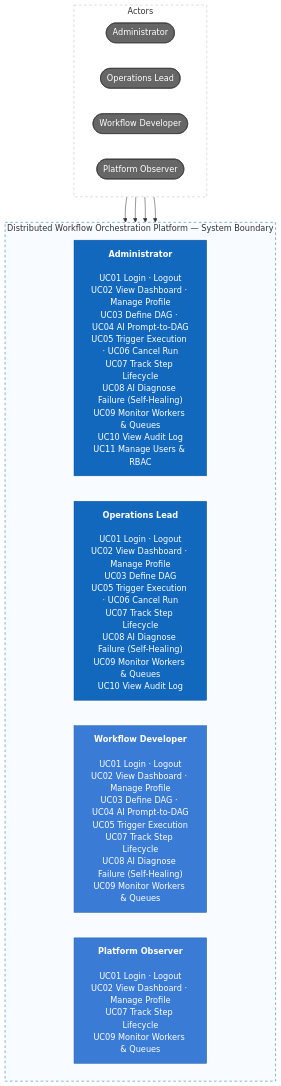
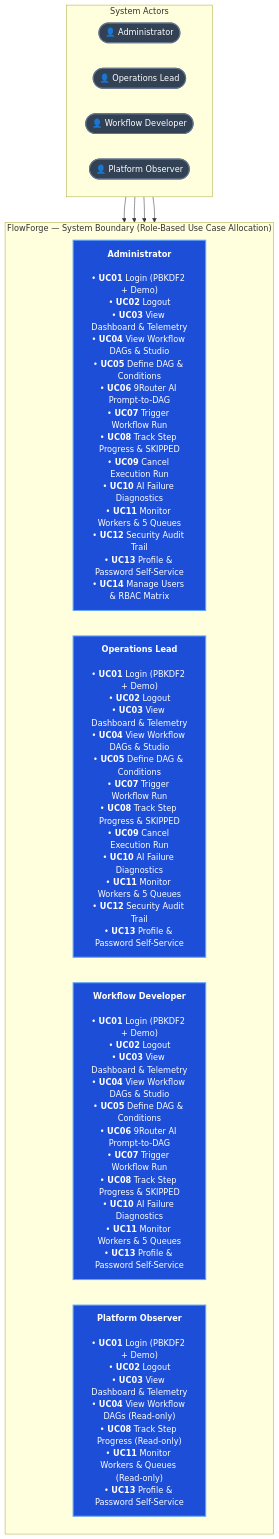
The first of 11 diagrams in README.md (AnCoder1310/FlowForge), drawn with Mermaid before and after one commit. The commit also changed other lines of this file and 88 other files, not shown here.

````diff
--- a/README.md
+++ b/README.md
@@ -43,32 +56,30 @@
 ```mermaid
 flowchart TB
-    subgraph roles["Actors"]
+    subgraph actors["System Actors"]
         direction LR
-        admin(["Administrator"])
-        operator(["Operations Lead"])
-        dev(["Workflow Developer"])
-        viewer(["Platform Observer"])
+        admin(["👤 Administrator"]):::actorPill
+        operator(["👤 Operations Lead"]):::actorPill
+        dev(["👤 Workflow Developer"]):::actorPill
+        viewer(["👤 Platform Observer"]):::actorPill
     end
 
-    subgraph system["Distributed Workflow Orchestration Platform — System Boundary"]
+    subgraph dwopBoundary["FlowForge — System Boundary (Role-Based Use Case Allocation)"]
         direction LR
-        adminCases["<b>Administrator</b><br/><br/>UC01 Login · Logout<br/>UC02 View Dashboard · Manage Profile<br/>UC03 Define DAG · UC04 AI Prompt-to-DAG<br/>UC05 Trigger Execution · UC06 Cancel Run<br/>UC07 Track Step Lifecycle<br/>UC08 AI Diagnose Failure (Self-Healing)<br/>UC09 Monitor Workers & Queues<br/>UC10 View Audit Log<br/>UC11 Manage Users & RBAC"]
-        operatorCases["<b>Operations Lead</b><br/><br/>UC01 Login · Logout<br/>UC02 View Dashboard · Manage Profile<br/>UC03 Define DAG<br/>UC05 Trigger Execution · UC06 Cancel Run<br/>UC07 Track Step Lifecycle<br/>UC08 AI Diagnose Failure (Self-Healing)<br/>UC09 Monitor Workers & Queues<br/>UC10 View Audit Log"]
-        devCases["<b>Workflow Developer</b><br/><br/>UC01 Login · Logout<br/>UC02 View Dashboard · Manage Profile<br/>UC03 Define DAG · UC04 AI Prompt-to-DAG<br/>UC05 Trigger Execution<br/>UC07 Track Step Lifecycle<br/>UC08 AI Diagnose Failure (Self-Healing)<br/>UC09 Monitor Workers & Queues"]
-        viewerCases["<b>Platform Observer</b><br/><br/>UC01 Login · Logout<br/>UC02 View Dashboard · Manage Profile<br/>UC07 Track Step Lifecycle<br/>UC09 Monitor Workers & Queues"]
+
+        cardAdmin["<b>Administrator</b><br/><br/>• <b>UC01</b> Login (PBKDF2 + Demo)<br/>• <b>UC02</b> Logout<br/>• <b>UC03</b> View Dashboard & Telemetry<br/>• <b>UC04</b> View Workflow DAGs & Studio<br/>• <b>UC05</b> Define DAG & Conditions<br/>• <b>UC06</b> 9Router AI Prompt-to-DAG<br/>• <b>UC07</b> Trigger Workflow Run<br/>• <b>UC08</b> Track Step Progress & SKIPPED<br/>• <b>UC09</b> Cancel Execution Run<br/>• <b>UC10</b> AI Failure Diagnostics<br/>• <b>UC11</b> Monitor Workers & 5 Queues<br/>• <b>UC12</b> Security Audit Trail<br/>• <b>UC13</b> Profile & Password Self-Service<br/>• <b>UC14</b> Manage Users & RBAC Matrix"]:::colCard
+
+        cardOp["<b>Operations Lead</b><br/><br/>• <b>UC01</b> Login (PBKDF2 + Demo)<br/>• <b>UC02</b> Logout<br/>• <b>UC03</b> View Dashboard & Telemetry<br/>• <b>UC04</b> View Workflow DAGs & Studio<br/>• <b>UC05</b> Define DAG & Conditions<br/>• <b>UC07</b> Trigger Workflow Run<br/>• <b>UC08</b> Track Step Progress & SKIPPED<br/>• <b>UC09</b> Cancel Execution Run<br/>• <b>UC10</b> AI Failure Diagnostics<br/>• <b>UC11</b> Monitor Workers & 5 Queues<br/>• <b>UC12</b> Security Audit Trail<br/>• <b>UC13</b> Profile & Password Self-Service"]:::colCard
+
+        cardDev["<b>Workflow Developer</b><br/><br/>• <b>UC01</b> Login (PBKDF2 + Demo)<br/>• <b>UC02</b> Logout<br/>• <b>UC03</b> View Dashboard & Telemetry<br/>• <b>UC04</b> View Workflow DAGs & Studio<br/>• <b>UC05</b> Define DAG & Conditions<br/>• <b>UC06</b> 9Router AI Prompt-to-DAG<br/>• <b>UC07</b> Trigger Workflow Run<br/>• <b>UC08</b> Track Step Progress & SKIPPED<br/>• <b>UC10</b> AI Failure Diagnostics<br/>• <b>UC11</b> Monitor Workers & 5 Queues<br/>• <b>UC13</b> Profile & Password Self-Service"]:::colCard
+
+        cardViewer["<b>Platform Observer</b><br/><br/>• <b>UC01</b> Login (PBKDF2 + Demo)<br/>• <b>UC02</b> Logout<br/>• <b>UC03</b> View Dashboard & Telemetry<br/>• <b>UC04</b> View Workflow DAGs (Read-only)<br/>• <b>UC08</b> Track Step Progress (Read-only)<br/>• <b>UC11</b> Monitor Workers & Queues (Read-only)<br/>• <b>UC13</b> Profile & Password Self-Service"]:::colCard
     end
 
-    admin --> adminCases
-    operator --> operatorCases
-    dev --> devCases
-    viewer --> viewerCases
+    admin --> cardAdmin
+    operator --> cardOp
+    dev --> cardDev
+    viewer --> cardViewer
 
-    classDef actor fill:#666,color:#fff,stroke:#333
-    classDef primary fill:#1168bd,color:#fff,stroke:#0b4f9e
-    classDef standard fill:#3a7bd5,color:#fff,stroke:#245fa8
-    class admin,operator,dev,viewer actor
-    class adminCases,operatorCases primary
-    class devCases,viewerCases standard
-    style roles fill:#fff,stroke:#bbb,stroke-dasharray:5 5
-    style system fill:#f8fbff,stroke:#1168bd,stroke-dasharray:5 5
+    classDef actorPill fill:#334155,color:#ffffff,stroke:#64748b,stroke-width:2px;
+    classDef colCard fill:#1d4ed8,color:#ffffff,stroke:#60a5fa,stroke-width:2px;
 ```
````
